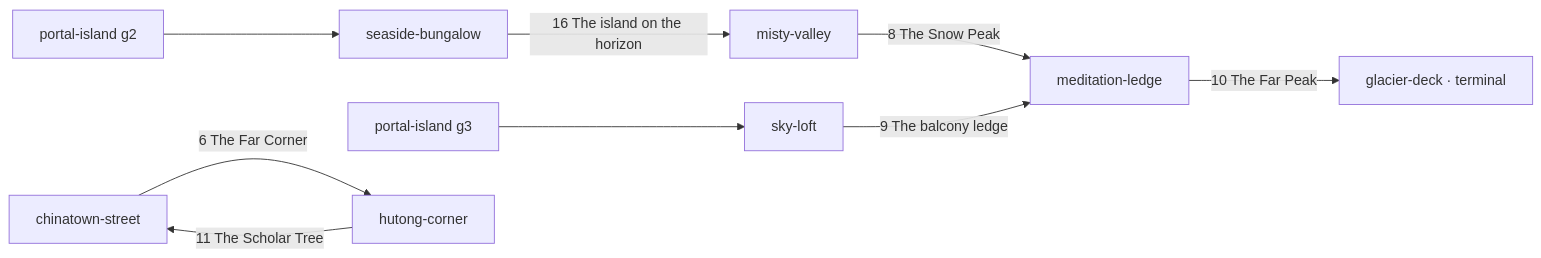
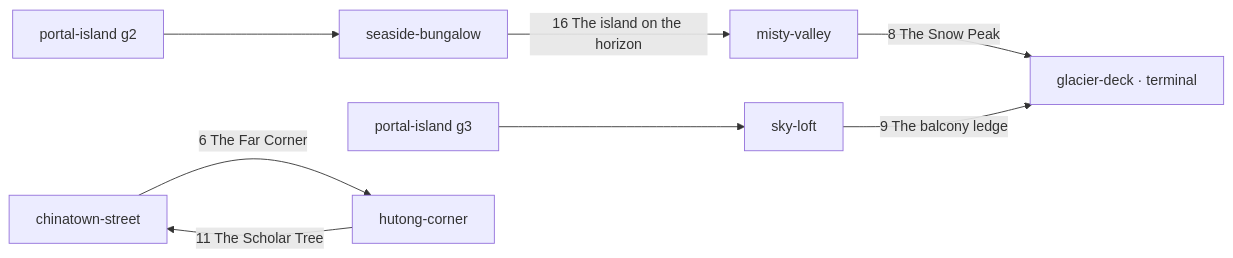
Before and after one commit to locvthanh/memory_os: the second of 2 diagrams in docs/scene-map.md, drawn with Mermaid. The commit also changed other lines of this file and 16 other files, not shown here.

First line of the commit message:
Remove the meditation-ledge scene

````diff
--- a/docs/scene-map.md
+++ b/docs/scene-map.md
@@ -209,11 +208,10 @@
 ```mermaid
 graph LR
   PI[portal-island g2] --> SB[seaside-bungalow]
   PI3[portal-island g3] --> SL[sky-loft]
   SB -->|16 The island on the horizon| MV[misty-valley]
-  MV -->|8 The Snow Peak| ML[meditation-ledge]
-  SL -->|9 The balcony ledge| ML
-  ML -->|10 The Far Peak| GD[glacier-deck · terminal]
+  MV -->|8 The Snow Peak| GD[glacier-deck · terminal]
+  SL -->|9 The balcony ledge| GD
   CS[chinatown-street] -->|6 The Far Corner| HC[hutong-corner]
   HC -->|11 The Scholar Tree| CS
 ```
````
